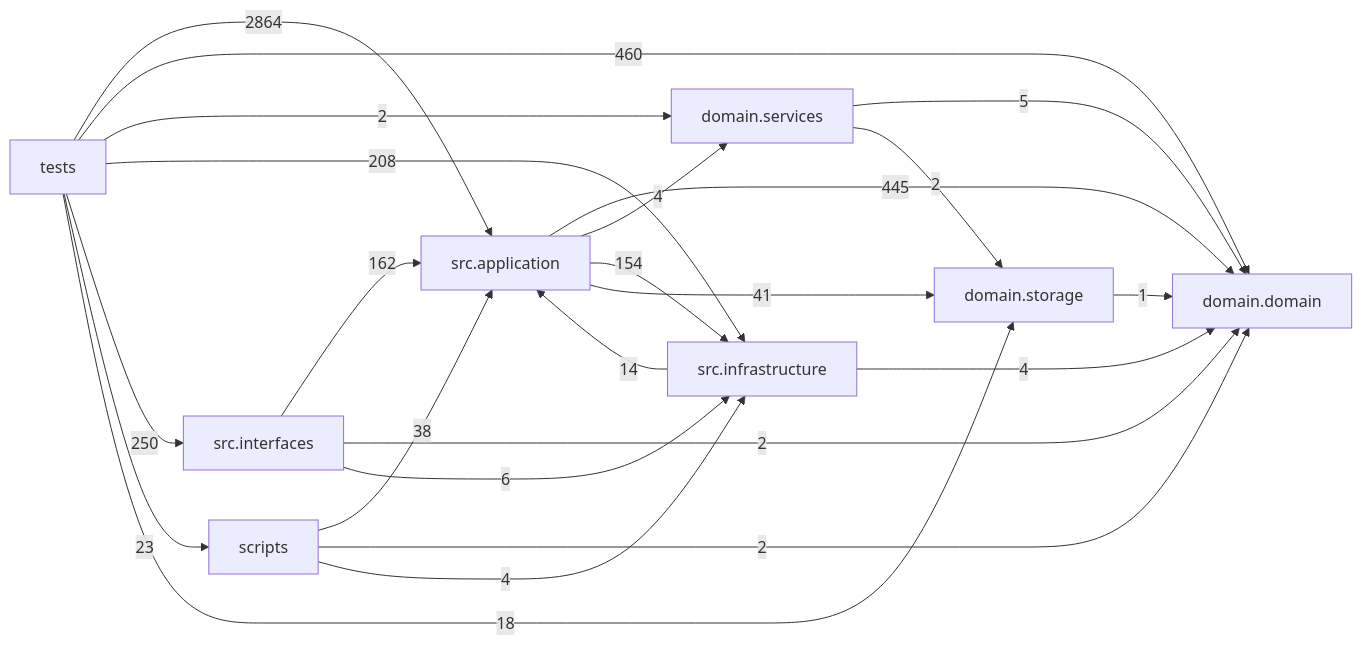
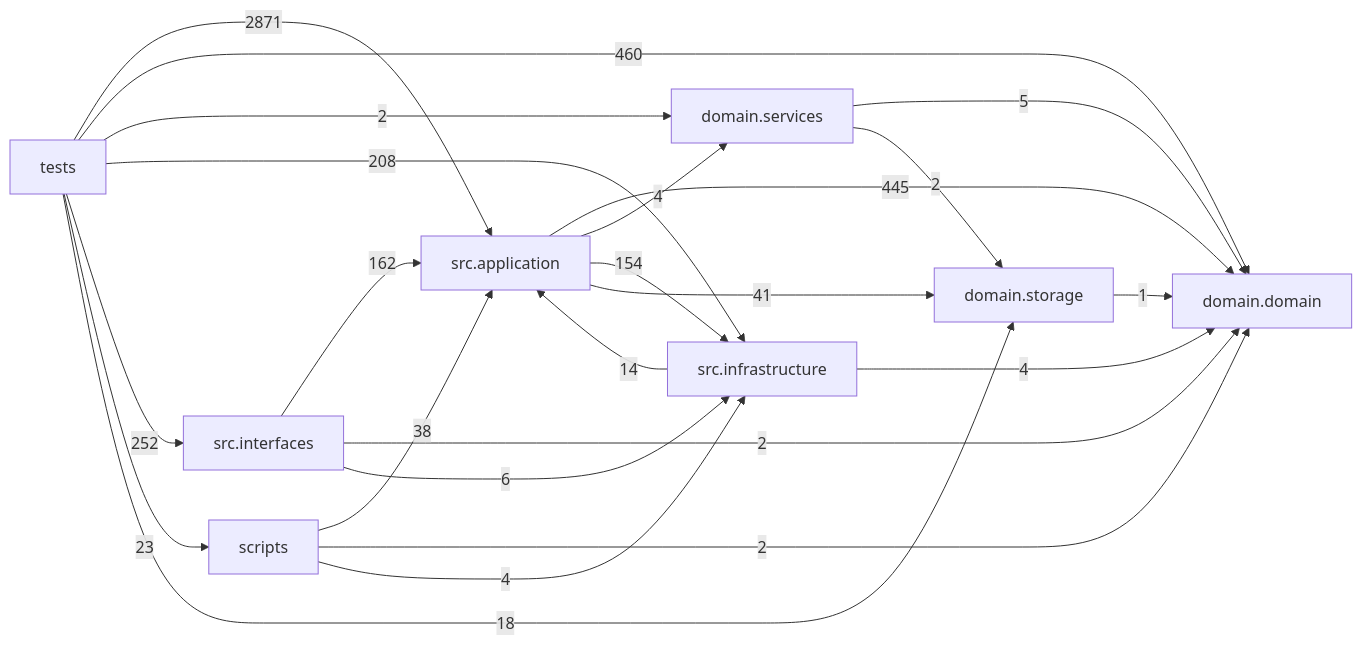
Before and after one commit to liuxie066/options-monitor: the diagram in docs/DEPENDENCY_GRAPH.md, drawn with Mermaid. The commit also changed other lines of this file and 13 other files, not shown here.

````diff
--- a/docs/DEPENDENCY_GRAPH.md
+++ b/docs/DEPENDENCY_GRAPH.md
@@ -24,33 +24,33 @@
 ```mermaid
 flowchart LR
   tests["tests"]
   scripts["scripts"]
   interfaces["src.interfaces"]
   application["src.application"]
   infrastructure["src.infrastructure"]
   domain_services["domain.services"]
   domain["domain.domain"]
   storage["domain.storage"]
   application -->|445| domain
   application -->|4| domain_services
   application -->|154| infrastructure
   application -->|41| storage
   domain_services -->|5| domain
   domain_services -->|2| storage
   infrastructure -->|14| application
   infrastructure -->|4| domain
   interfaces -->|162| application
   interfaces -->|2| domain
   interfaces -->|6| infrastructure
   scripts -->|38| application
   scripts -->|2| domain
   scripts -->|4| infrastructure
   storage -->|1| domain
-  tests -->|2864| application
+  tests -->|2871| application
   tests -->|460| domain
   tests -->|2| domain_services
   tests -->|208| infrastructure
-  tests -->|250| interfaces
+  tests -->|252| interfaces
   tests -->|23| scripts
   tests -->|18| storage
 ```
````
